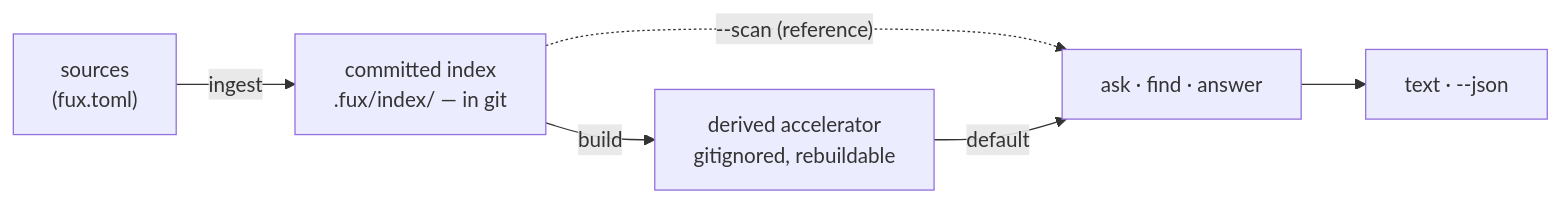
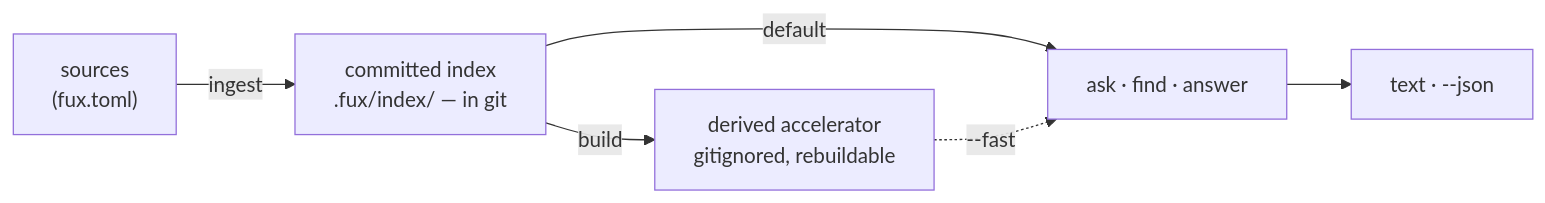
One commit to arpitarya/fux changed the diagram in docs/adr/0002_cli-surface.md. Above: the diagram before and after it, drawn with Mermaid. The commit also changed other lines of this file and 153 other files, not shown here.

First line of the commit message:
release: v0.35.0 — the source verbs, the progress plane, and scan-by-default

````diff
--- a/docs/adr/0002_cli-surface.md
+++ b/docs/adr/0002_cli-surface.md
@@ -66,8 +70,8 @@
 ```mermaid
 flowchart LR
     S["sources<br/>(fux.toml)"] -->|ingest| C["committed index<br/>.fux/index/ — in git"]
     C -->|build| D["derived accelerator<br/>gitignored, rebuildable"]
-    C -.->|"--scan (reference)"| Q
-    D -->|default| Q["ask · find · answer"]
+    C -->|default| Q["ask · find · answer"]
+    D -.->|"--fast"| Q
     Q --> O["text · --json"]
 ```
````
